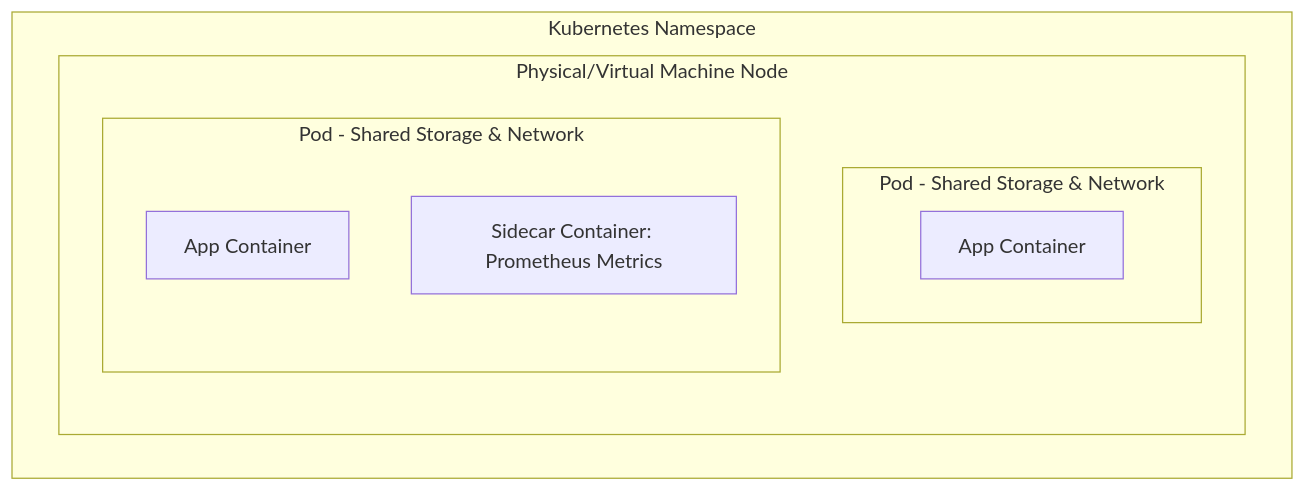
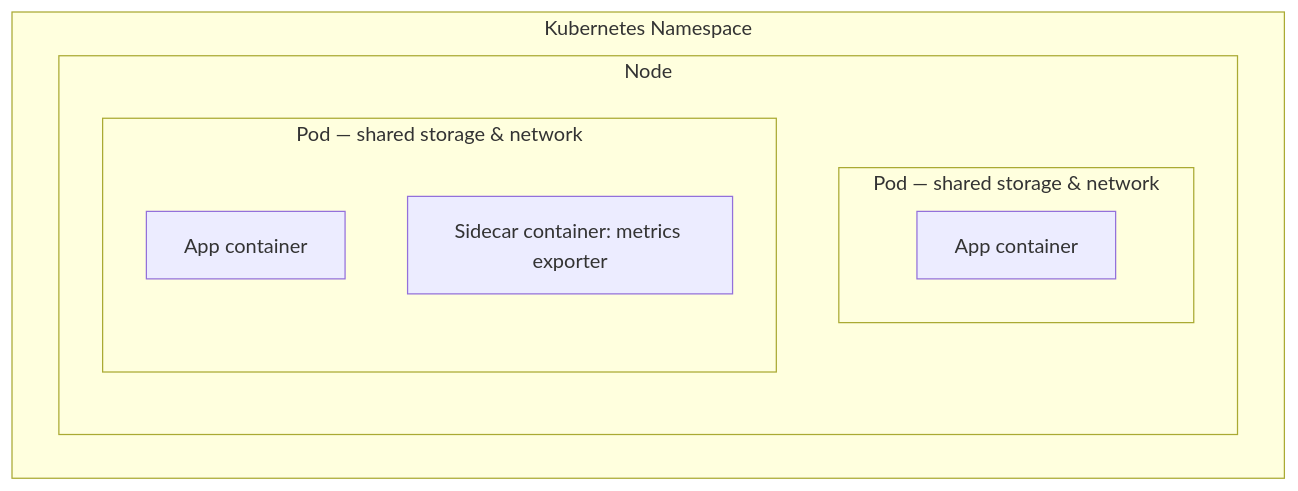
The diagram in sections/01-kubernetes-basics/04_Pods.md (nirajp82/KubernetesWithAmazon_EKS_Fargate_DevOps), drawn with Mermaid before and after one commit. The commit also changed other lines of this file and 11 other files, not shown here.

````diff
--- a/sections/01-kubernetes-basics/04_Pods.md
+++ b/sections/01-kubernetes-basics/04_Pods.md
@@ -42,15 +22,14 @@
 ```mermaid
 flowchart TD
     subgraph Namespace [Kubernetes Namespace]
-        subgraph Node [Physical/Virtual Machine Node]
-            subgraph Pod1 [Pod - Shared Storage & Network]
-                C1[App Container]
+        subgraph Node [Node]
+            subgraph Pod1 [Pod — shared storage & network]
+                C1[App container]
             end
-            subgraph Pod2 [Pod - Shared Storage & Network]
-                C2[App Container]
-                C3[Sidecar Container: Prometheus Metrics]
+            subgraph Pod2 [Pod — shared storage & network]
+                C2[App container]
+                C3[Sidecar container: metrics exporter]
             end
         end
     end
-
 ```
````
